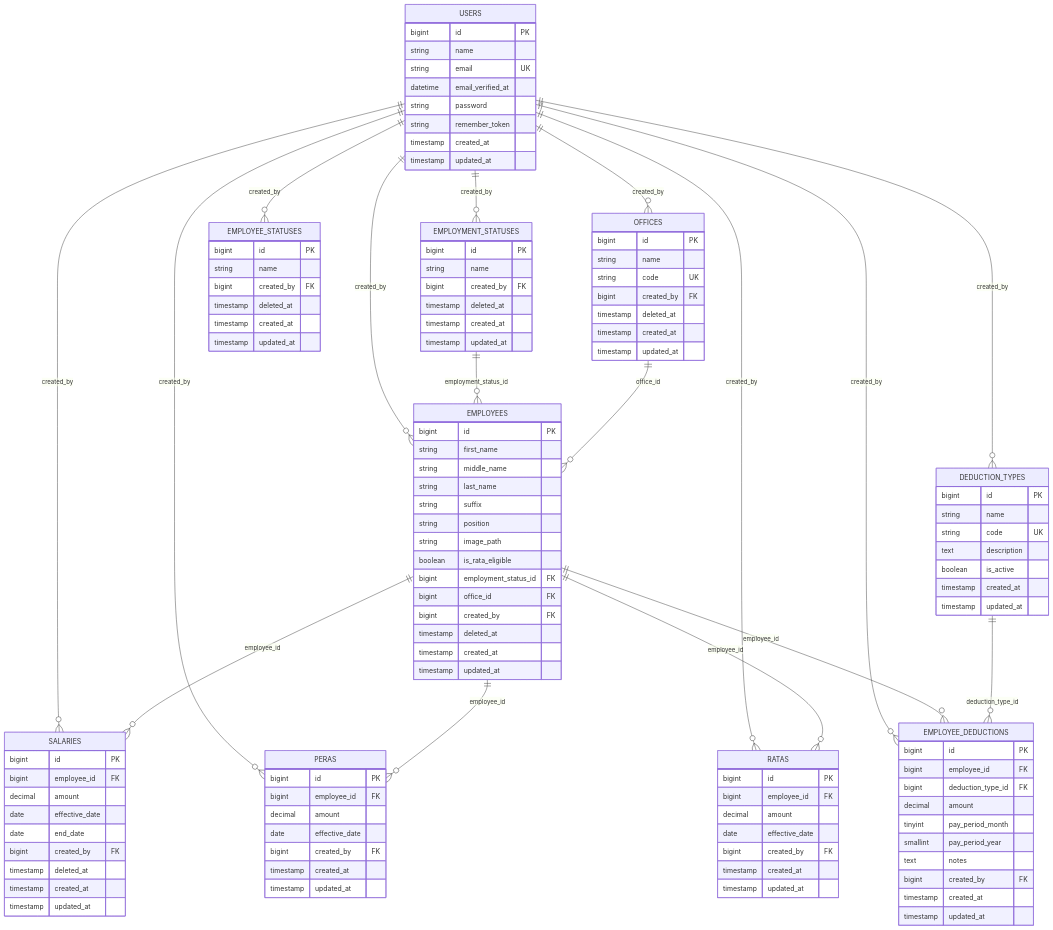
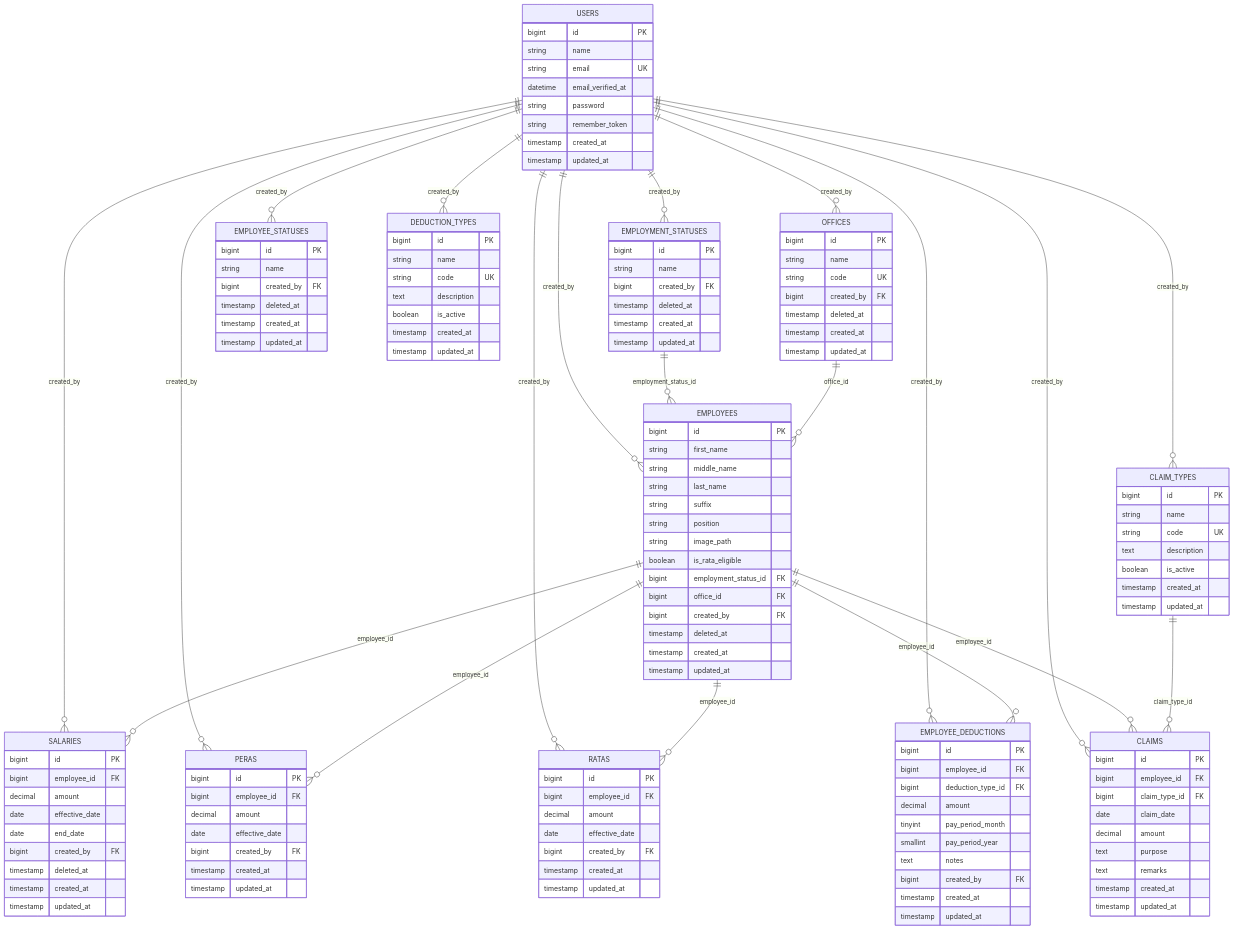
The second of 3 diagrams in .qoder/repowiki/en/content/Data Models & Database Schema/Data Models & Database Schema.md (vincet0t15/template), drawn with Mermaid before and after one commit. The commit also changed other lines of this file and 5 other files, not shown here.

````diff
--- a/.qoder/repowiki/en/content/Data Models & Database Schema/Data Models & Database Schema.md
+++ b/.qoder/repowiki/en/content/Data Models & Database Schema/Data Models & Database Schema.md
@@ -295,6 +338,26 @@
 timestamp created_at
 timestamp updated_at
 }
+CLAIM_TYPES {
+bigint id PK
+string name
+string code UK
+text description
+boolean is_active
+timestamp created_at
+timestamp updated_at
+}
+CLAIMS {
+bigint id PK
+bigint employee_id FK
+bigint claim_type_id FK
+date claim_date
+decimal amount
+text purpose
+text remarks
+timestamp created_at
+timestamp updated_at
+}
 USERS ||--o{ OFFICES : "created_by"
 USERS ||--o{ EMPLOYMENT_STATUSES : "created_by"
 USERS ||--o{ EMPLOYEE_STATUSES : "created_by"
@@ -304,11 +367,14 @@
 USERS ||--o{ RATAS : "created_by"
 USERS ||--o{ DEDUCTION_TYPES : "created_by"
 USERS ||--o{ EMPLOYEE_DEDUCTIONS : "created_by"
+USERS ||--o{ CLAIM_TYPES : "created_by"
+USERS ||--o{ CLAIMS : "created_by"
 EMPLOYMENT_STATUSES ||--o{ EMPLOYEES : "employment_status_id"
 OFFICES ||--o{ EMPLOYEES : "office_id"
 EMPLOYEES ||--o{ SALARIES : "employee_id"
 EMPLOYEES ||--o{ PERAS : "employee_id"
 EMPLOYEES ||--o{ RATAS : "employee_id"
 EMPLOYEES ||--o{ EMPLOYEE_DEDUCTIONS : "employee_id"
-DEDUCTION_TYPES ||--o{ EMPLOYEE_DEDUCTIONS : "deduction_type_id"
+EMPLOYEES ||--o{ CLAIMS : "employee_id"
+CLAIM_TYPES ||--o{ CLAIMS : "claim_type_id"
 ```
````
